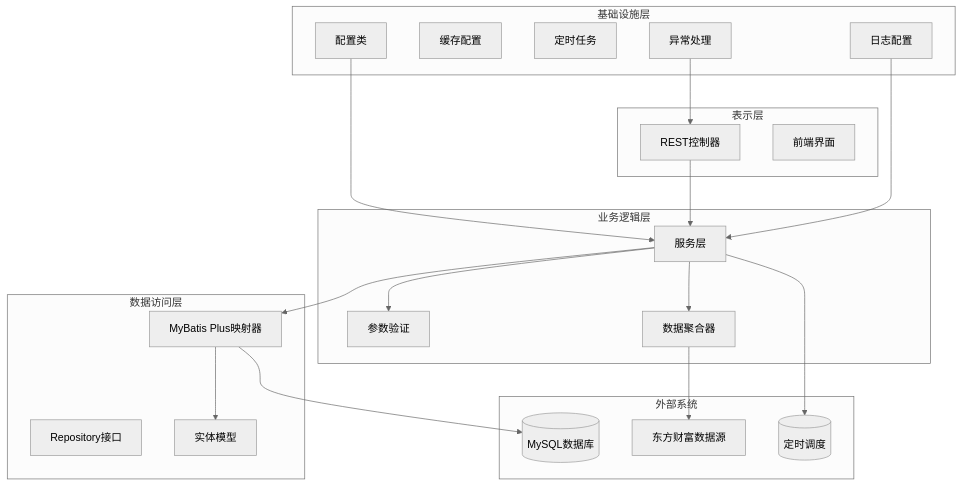
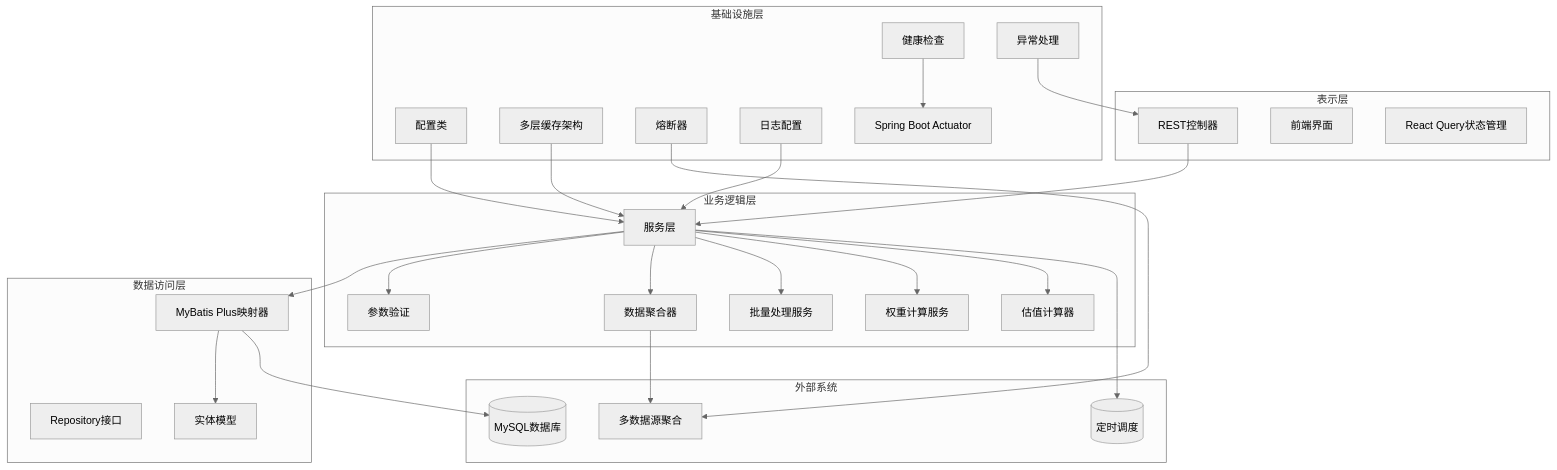
The third of 16 diagrams in .qoder/repowiki/zh/content/核心功能开发/核心功能开发.md (gree-coder/fund-butler), drawn with Mermaid (neutral theme) before and after one commit. The commit also changed other lines of this file and 23 other files, not shown here.

````diff
--- a/.qoder/repowiki/zh/content/核心功能开发/核心功能开发.md
+++ b/.qoder/repowiki/zh/content/核心功能开发/核心功能开发.md
@@ -156,40 +177,52 @@
 ```mermaid
 graph TB
 subgraph "表示层"
 CONTROLLER[REST控制器]
 FRONTEND[前端界面]
+REACT_QUERY[React Query状态管理]
 end
 subgraph "业务逻辑层"
 SERVICE[服务层]
 VALIDATOR[参数验证]
 AGGREGATOR[数据聚合器]
+BATCH[批量处理服务]
+WEIGHT[权重计算服务]
+CALCULATOR[估值计算器]
 end
 subgraph "数据访问层"
 MAPPER[MyBatis Plus映射器]
 REPO[Repository接口]
 ENTITY[实体模型]
 end
 subgraph "基础设施层"
 CONFIG[配置类]
-CACHE[缓存配置]
-TASK[定时任务]
+CACHE[多层缓存架构]
+CIRCUIT[熔断器]
+HEALTH[健康检查]
 ERROR[异常处理]
 LOG[日志配置]
+ACTUATOR[Spring Boot Actuator]
 end
 subgraph "外部系统"
-DATASOURCE[东方财富数据源]
+DATASOURCE[多数据源聚合]
 DB[(MySQL数据库)]
 SCHEDULE[(定时调度)]
 end
 CONTROLLER --> SERVICE
 SERVICE --> MAPPER
 MAPPER --> ENTITY
 SERVICE --> VALIDATOR
 SERVICE --> AGGREGATOR
+SERVICE --> BATCH
+SERVICE --> WEIGHT
+SERVICE --> CALCULATOR
 CONFIG --> SERVICE
 ERROR --> CONTROLLER
 LOG --> SERVICE
+HEALTH --> ACTUATOR
+CACHE --> SERVICE
+CIRCUIT --> DATASOURCE
 AGGREGATOR --> DATASOURCE
 MAPPER --> DB
 SERVICE --> SCHEDULE
 ```
````
